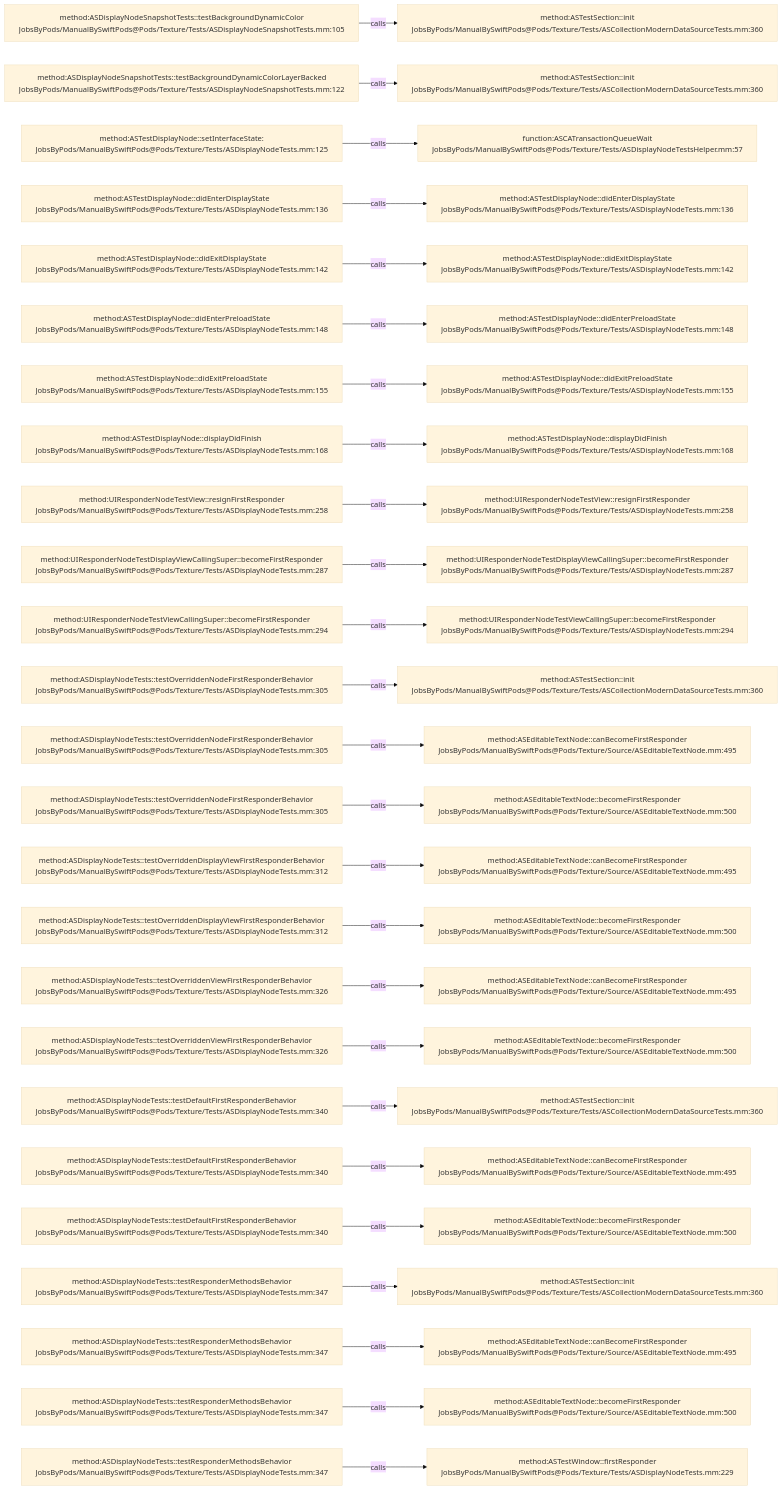
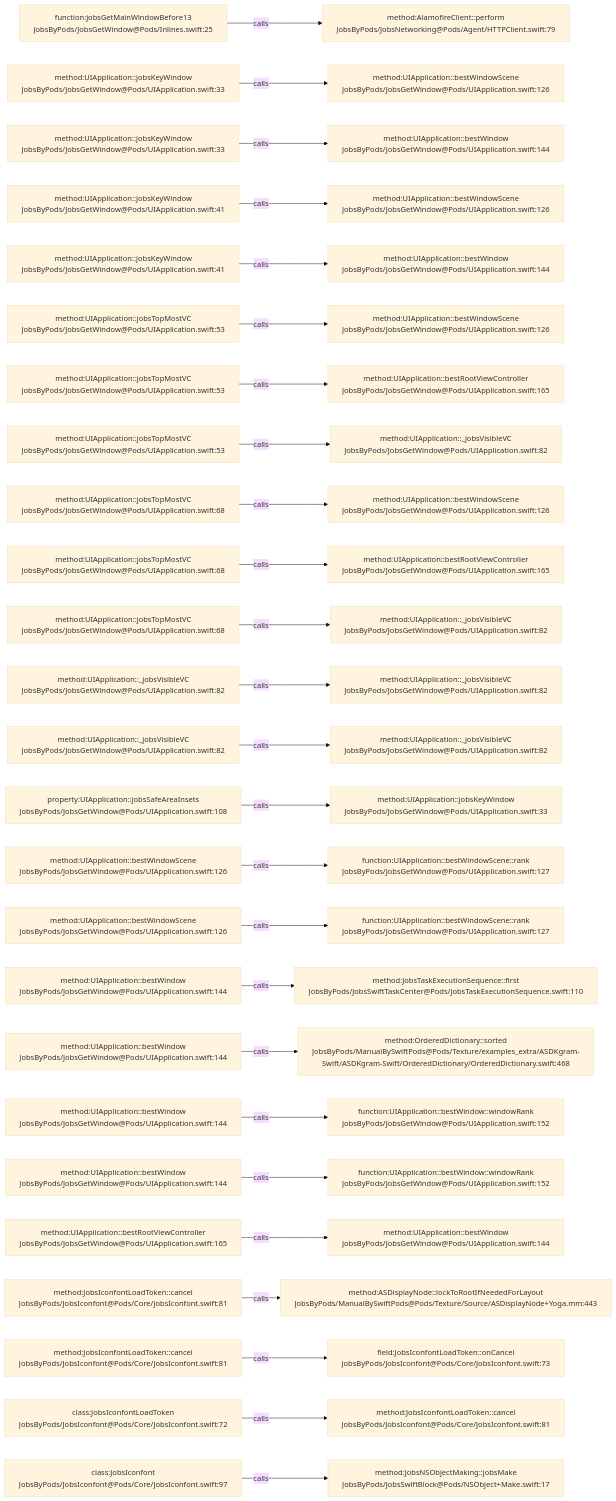
Before and after one commit to JobsKits/JobsSwiftBaseConfigDemo: the diagram in .codegraph/codegraph.md/graphs/calls-186.md, drawn with Mermaid (base theme). The commit also changed 224 other files, not shown here.

````diff
--- a/.codegraph/codegraph.md/graphs/calls-186.md
+++ b/.codegraph/codegraph.md/graphs/calls-186.md
@@ -13,78 +13,78 @@
 ```mermaid
 flowchart LR
-  S1["method:ASDisplayNodeSnapshotTests::testBackgroundDynamicColor<br/>JobsByPods/ManualBySwiftPods@Pods/Texture/Tests/ASDisplayNodeSnapshotTests.mm:105"]
-  T1["method:ASTestSection::init<br/>JobsByPods/ManualBySwiftPods@Pods/Texture/Tests/ASCollectionModernDataSourceTests.mm:360"]
+  S1["function:jobsGetMainWindowBefore13<br/>JobsByPods/JobsGetWindow@Pods/Inlines.swift:25"]
+  T1["method:AlamofireClient::perform<br/>JobsByPods/JobsNetworking@Pods/Agent/HTTPClient.swift:79"]
   S1 -->|calls| T1
-  S2["method:ASDisplayNodeSnapshotTests::testBackgroundDynamicColorLayerBacked<br/>JobsByPods/ManualBySwiftPods@Pods/Texture/Tests/ASDisplayNodeSnapshotTests.mm:122"]
-  T2["method:ASTestSection::init<br/>JobsByPods/ManualBySwiftPods@Pods/Texture/Tests/ASCollectionModernDataSourceTests.mm:360"]
+  S2["method:UIApplication::jobsKeyWindow<br/>JobsByPods/JobsGetWindow@Pods/UIApplication.swift:33"]
+  T2["method:UIApplication::bestWindowScene<br/>JobsByPods/JobsGetWindow@Pods/UIApplication.swift:126"]
   S2 -->|calls| T2
-  S3["method:ASTestDisplayNode::setInterfaceState:<br/>JobsByPods/ManualBySwiftPods@Pods/Texture/Tests/ASDisplayNodeTests.mm:125"]
-  T3["function:ASCATransactionQueueWait<br/>JobsByPods/ManualBySwiftPods@Pods/Texture/Tests/ASDisplayNodeTestsHelper.mm:57"]
+  S3["method:UIApplication::jobsKeyWindow<br/>JobsByPods/JobsGetWindow@Pods/UIApplication.swift:33"]
+  T3["method:UIApplication::bestWindow<br/>JobsByPods/JobsGetWindow@Pods/UIApplication.swift:144"]
   S3 -->|calls| T3
-  S4["method:ASTestDisplayNode::didEnterDisplayState<br/>JobsByPods/ManualBySwiftPods@Pods/Texture/Tests/ASDisplayNodeTests.mm:136"]
-  T4["method:ASTestDisplayNode::didEnterDisplayState<br/>JobsByPods/ManualBySwiftPods@Pods/Texture/Tests/ASDisplayNodeTests.mm:136"]
+  S4["method:UIApplication::jobsKeyWindow<br/>JobsByPods/JobsGetWindow@Pods/UIApplication.swift:41"]
+  T4["method:UIApplication::bestWindowScene<br/>JobsByPods/JobsGetWindow@Pods/UIApplication.swift:126"]
   S4 -->|calls| T4
-  S5["method:ASTestDisplayNode::didExitDisplayState<br/>JobsByPods/ManualBySwiftPods@Pods/Texture/Tests/ASDisplayNodeTests.mm:142"]
-  T5["method:ASTestDisplayNode::didExitDisplayState<br/>JobsByPods/ManualBySwiftPods@Pods/Texture/Tests/ASDisplayNodeTests.mm:142"]
+  S5["method:UIApplication::jobsKeyWindow<br/>JobsByPods/JobsGetWindow@Pods/UIApplication.swift:41"]
+  T5["method:UIApplication::bestWindow<br/>JobsByPods/JobsGetWindow@Pods/UIApplication.swift:144"]
   S5 -->|calls| T5
-  S6["method:ASTestDisplayNode::didEnterPreloadState<br/>JobsByPods/ManualBySwiftPods@Pods/Texture/Tests/ASDisplayNodeTests.mm:148"]
-  T6["method:ASTestDisplayNode::didEnterPreloadState<br/>JobsByPods/ManualBySwiftPods@Pods/Texture/Tests/ASDisplayNodeTests.mm:148"]
+  S6["method:UIApplication::jobsTopMostVC<br/>JobsByPods/JobsGetWindow@Pods/UIApplication.swift:53"]
+  T6["method:UIApplication::bestWindowScene<br/>JobsByPods/JobsGetWindow@Pods/UIApplication.swift:126"]
   S6 -->|calls| T6
-  S7["method:ASTestDisplayNode::didExitPreloadState<br/>JobsByPods/ManualBySwiftPods@Pods/Texture/Tests/ASDisplayNodeTests.mm:155"]
-  T7["method:ASTestDisplayNode::didExitPreloadState<br/>JobsByPods/ManualBySwiftPods@Pods/Texture/Tests/ASDisplayNodeTests.mm:155"]
+  S7["method:UIApplication::jobsTopMostVC<br/>JobsByPods/JobsGetWindow@Pods/UIApplication.swift:53"]
+  T7["method:UIApplication::bestRootViewController<br/>JobsByPods/JobsGetWindow@Pods/UIApplication.swift:165"]
   S7 -->|calls| T7
-  S8["method:ASTestDisplayNode::displayDidFinish<br/>JobsByPods/ManualBySwiftPods@Pods/Texture/Tests/ASDisplayNodeTests.mm:168"]
-  T8["method:ASTestDisplayNode::displayDidFinish<br/>JobsByPods/ManualBySwiftPods@Pods/Texture/Tests/ASDisplayNodeTests.mm:168"]
+  S8["method:UIApplication::jobsTopMostVC<br/>JobsByPods/JobsGetWindow@Pods/UIApplication.swift:53"]
+  T8["method:UIApplication::_jobsVisibleVC<br/>JobsByPods/JobsGetWindow@Pods/UIApplication.swift:82"]
   S8 -->|calls| T8
-  S9["method:UIResponderNodeTestView::resignFirstResponder<br/>JobsByPods/ManualBySwiftPods@Pods/Texture/Tests/ASDisplayNodeTests.mm:258"]
-  T9["method:UIResponderNodeTestView::resignFirstResponder<br/>JobsByPods/ManualBySwiftPods@Pods/Texture/Tests/ASDisplayNodeTests.mm:258"]
+  S9["method:UIApplication::jobsTopMostVC<br/>JobsByPods/JobsGetWindow@Pods/UIApplication.swift:68"]
+  T9["method:UIApplication::bestWindowScene<br/>JobsByPods/JobsGetWindow@Pods/UIApplication.swift:126"]
   S9 -->|calls| T9
-  S10["method:UIResponderNodeTestDisplayViewCallingSuper::becomeFirstResponder<br/>JobsByPods/ManualBySwiftPods@Pods/Texture/Tests/ASDisplayNodeTests.mm:287"]
-  T10["method:UIResponderNodeTestDisplayViewCallingSuper::becomeFirstResponder<br/>JobsByPods/ManualBySwiftPods@Pods/Texture/Tests/ASDisplayNodeTests.mm:287"]
+  S10["method:UIApplication::jobsTopMostVC<br/>JobsByPods/JobsGetWindow@Pods/UIApplication.swift:68"]
+  T10["method:UIApplication::bestRootViewController<br/>JobsByPods/JobsGetWindow@Pods/UIApplication.swift:165"]
   S10 -->|calls| T10
-  S11["method:UIResponderNodeTestViewCallingSuper::becomeFirstResponder<br/>JobsByPods/ManualBySwiftPods@Pods/Texture/Tests/ASDisplayNodeTests.mm:294"]
-  T11["method:UIResponderNodeTestViewCallingSuper::becomeFirstResponder<br/>JobsByPods/ManualBySwiftPods@Pods/Texture/Tests/ASDisplayNodeTests.mm:294"]
+  S11["method:UIApplication::jobsTopMostVC<br/>JobsByPods/JobsGetWindow@Pods/UIApplication.swift:68"]
+  T11["method:UIApplication::_jobsVisibleVC<br/>JobsByPods/JobsGetWindow@Pods/UIApplication.swift:82"]
   S11 -->|calls| T11
-  S12["method:ASDisplayNodeTests::testOverriddenNodeFirstResponderBehavior<br/>JobsByPods/ManualBySwiftPods@Pods/Texture/Tests/ASDisplayNodeTests.mm:305"]
-  T12["method:ASTestSection::init<br/>JobsByPods/ManualBySwiftPods@Pods/Texture/Tests/ASCollectionModernDataSourceTests.mm:360"]
+  S12["method:UIApplication::_jobsVisibleVC<br/>JobsByPods/JobsGetWindow@Pods/UIApplication.swift:82"]
+  T12["method:UIApplication::_jobsVisibleVC<br/>JobsByPods/JobsGetWindow@Pods/UIApplication.swift:82"]
   S12 -->|calls| T12
-  S13["method:ASDisplayNodeTests::testOverriddenNodeFirstResponderBehavior<br/>JobsByPods/ManualBySwiftPods@Pods/Texture/Tests/ASDisplayNodeTests.mm:305"]
-  T13["method:ASEditableTextNode::canBecomeFirstResponder<br/>JobsByPods/ManualBySwiftPods@Pods/Texture/Source/ASEditableTextNode.mm:495"]
+  S13["method:UIApplication::_jobsVisibleVC<br/>JobsByPods/JobsGetWindow@Pods/UIApplication.swift:82"]
+  T13["method:UIApplication::_jobsVisibleVC<br/>JobsByPods/JobsGetWindow@Pods/UIApplication.swift:82"]
   S13 -->|calls| T13
-  S14["method:ASDisplayNodeTests::testOverriddenNodeFirstResponderBehavior<br/>JobsByPods/ManualBySwiftPods@Pods/Texture/Tests/ASDisplayNodeTests.mm:305"]
-  T14["method:ASEditableTextNode::becomeFirstResponder<br/>JobsByPods/ManualBySwiftPods@Pods/Texture/Source/ASEditableTextNode.mm:500"]
+  S14["property:UIApplication::jobsSafeAreaInsets<br/>JobsByPods/JobsGetWindow@Pods/UIApplication.swift:108"]
+  T14["method:UIApplication::jobsKeyWindow<br/>JobsByPods/JobsGetWindow@Pods/UIApplication.swift:33"]
   S14 -->|calls| T14
-  S15["method:ASDisplayNodeTests::testOverriddenDisplayViewFirstResponderBehavior<br/>JobsByPods/ManualBySwiftPods@Pods/Texture/Tests/ASDisplayNodeTests.mm:312"]
-  T15["method:ASEditableTextNode::canBecomeFirstResponder<br/>JobsByPods/ManualBySwiftPods@Pods/Texture/Source/ASEditableTextNode.mm:495"]
+  S15["method:UIApplication::bestWindowScene<br/>JobsByPods/JobsGetWindow@Pods/UIApplication.swift:126"]
+  T15["function:UIApplication::bestWindowScene::rank<br/>JobsByPods/JobsGetWindow@Pods/UIApplication.swift:127"]
   S15 -->|calls| T15
-  S16["method:ASDisplayNodeTests::testOverriddenDisplayViewFirstResponderBehavior<br/>JobsByPods/ManualBySwiftPods@Pods/Texture/Tests/ASDisplayNodeTests.mm:312"]
-  T16["method:ASEditableTextNode::becomeFirstResponder<br/>JobsByPods/ManualBySwiftPods@Pods/Texture/Source/ASEditableTextNode.mm:500"]
+  S16["method:UIApplication::bestWindowScene<br/>JobsByPods/JobsGetWindow@Pods/UIApplication.swift:126"]
+  T16["function:UIApplication::bestWindowScene::rank<br/>JobsByPods/JobsGetWindow@Pods/UIApplication.swift:127"]
   S16 -->|calls| T16
-  S17["method:ASDisplayNodeTests::testOverriddenViewFirstResponderBehavior<br/>JobsByPods/ManualBySwiftPods@Pods/Texture/Tests/ASDisplayNodeTests.mm:326"]
-  T17["method:ASEditableTextNode::canBecomeFirstResponder<br/>JobsByPods/ManualBySwiftPods@Pods/Texture/Source/ASEditableTextNode.mm:495"]
+  S17["method:UIApplication::bestWindow<br/>JobsByPods/JobsGetWindow@Pods/UIApplication.swift:144"]
+  T17["method:JobsTaskExecutionSequence::first<br/>JobsByPods/JobsSwiftTaskCenter@Pods/JobsTaskExecutionSequence.swift:110"]
   S17 -->|calls| T17
-  S18["method:ASDisplayNodeTests::testOverriddenViewFirstResponderBehavior<br/>JobsByPods/ManualBySwiftPods@Pods/Texture/Tests/ASDisplayNodeTests.mm:326"]
-  T18["method:ASEditableTextNode::becomeFirstResponder<br/>JobsByPods/ManualBySwiftPods@Pods/Texture/Source/ASEditableTextNode.mm:500"]
+  S18["method:UIApplication::bestWindow<br/>JobsByPods/JobsGetWindow@Pods/UIApplication.swift:144"]
+  T18["method:OrderedDictionary::sorted<br/>JobsByPods/ManualBySwiftPods@Pods/Texture/examples_extra/ASDKgram-Swift/ASDKgram-Swift/OrderedDictionary/OrderedDictionary.swift:468"]
   S18 -->|calls| T18
-  S19["method:ASDisplayNodeTests::testDefaultFirstResponderBehavior<br/>JobsByPods/ManualBySwiftPods@Pods/Texture/Tests/ASDisplayNodeTests.mm:340"]
-  T19["method:ASTestSection::init<br/>JobsByPods/ManualBySwiftPods@Pods/Texture/Tests/ASCollectionModernDataSourceTests.mm:360"]
+  S19["method:UIApplication::bestWindow<br/>JobsByPods/JobsGetWindow@Pods/UIApplication.swift:144"]
+  T19["function:UIApplication::bestWindow::windowRank<br/>JobsByPods/JobsGetWindow@Pods/UIApplication.swift:152"]
   S19 -->|calls| T19
-  S20["method:ASDisplayNodeTests::testDefaultFirstResponderBehavior<br/>JobsByPods/ManualBySwiftPods@Pods/Texture/Tests/ASDisplayNodeTests.mm:340"]
-  T20["method:ASEditableTextNode::canBecomeFirstResponder<br/>JobsByPods/ManualBySwiftPods@Pods/Texture/Source/ASEditableTextNode.mm:495"]
+  S20["method:UIApplication::bestWindow<br/>JobsByPods/JobsGetWindow@Pods/UIApplication.swift:144"]
+  T20["function:UIApplication::bestWindow::windowRank<br/>JobsByPods/JobsGetWindow@Pods/UIApplication.swift:152"]
   S20 -->|calls| T20
-  S21["method:ASDisplayNodeTests::testDefaultFirstResponderBehavior<br/>JobsByPods/ManualBySwiftPods@Pods/Texture/Tests/ASDisplayNodeTests.mm:340"]
-  T21["method:ASEditableTextNode::becomeFirstResponder<br/>JobsByPods/ManualBySwiftPods@Pods/Texture/Source/ASEditableTextNode.mm:500"]
+  S21["method:UIApplication::bestRootViewController<br/>JobsByPods/JobsGetWindow@Pods/UIApplication.swift:165"]
+  T21["method:UIApplication::bestWindow<br/>JobsByPods/JobsGetWindow@Pods/UIApplication.swift:144"]
   S21 -->|calls| T21
-  S22["method:ASDisplayNodeTests::testResponderMethodsBehavior<br/>JobsByPods/ManualBySwiftPods@Pods/Texture/Tests/ASDisplayNodeTests.mm:347"]
-  T22["method:ASTestSection::init<br/>JobsByPods/ManualBySwiftPods@Pods/Texture/Tests/ASCollectionModernDataSourceTests.mm:360"]
+  S22["method:JobsIconfontLoadToken::cancel<br/>JobsByPods/JobsIconfont@Pods/Core/JobsIconfont.swift:81"]
+  T22["method:ASDisplayNode::lockToRootIfNeededForLayout<br/>JobsByPods/ManualBySwiftPods@Pods/Texture/Source/ASDisplayNode+Yoga.mm:443"]
   S22 -->|calls| T22
-  S23["method:ASDisplayNodeTests::testResponderMethodsBehavior<br/>JobsByPods/ManualBySwiftPods@Pods/Texture/Tests/ASDisplayNodeTests.mm:347"]
-  T23["method:ASEditableTextNode::canBecomeFirstResponder<br/>JobsByPods/ManualBySwiftPods@Pods/Texture/Source/ASEditableTextNode.mm:495"]
+  S23["method:JobsIconfontLoadToken::cancel<br/>JobsByPods/JobsIconfont@Pods/Core/JobsIconfont.swift:81"]
+  T23["field:JobsIconfontLoadToken::onCancel<br/>JobsByPods/JobsIconfont@Pods/Core/JobsIconfont.swift:73"]
   S23 -->|calls| T23
-  S24["method:ASDisplayNodeTests::testResponderMethodsBehavior<br/>JobsByPods/ManualBySwiftPods@Pods/Texture/Tests/ASDisplayNodeTests.mm:347"]
-  T24["method:ASEditableTextNode::becomeFirstResponder<br/>JobsByPods/ManualBySwiftPods@Pods/Texture/Source/ASEditableTextNode.mm:500"]
+  S24["class:JobsIconfontLoadToken<br/>JobsByPods/JobsIconfont@Pods/Core/JobsIconfont.swift:72"]
+  T24["method:JobsIconfontLoadToken::cancel<br/>JobsByPods/JobsIconfont@Pods/Core/JobsIconfont.swift:81"]
   S24 -->|calls| T24
-  S25["method:ASDisplayNodeTests::testResponderMethodsBehavior<br/>JobsByPods/ManualBySwiftPods@Pods/Texture/Tests/ASDisplayNodeTests.mm:347"]
-  T25["method:ASTestWindow::firstResponder<br/>JobsByPods/ManualBySwiftPods@Pods/Texture/Tests/ASDisplayNodeTests.mm:229"]
+  S25["class:JobsIconfont<br/>JobsByPods/JobsIconfont@Pods/Core/JobsIconfont.swift:97"]
+  T25["method:JobsNSObjectMaking::jobsMake<br/>JobsByPods/JobsSwiftBlock@Pods/NSObject+Make.swift:17"]
   S25 -->|calls| T25
 ```
````
